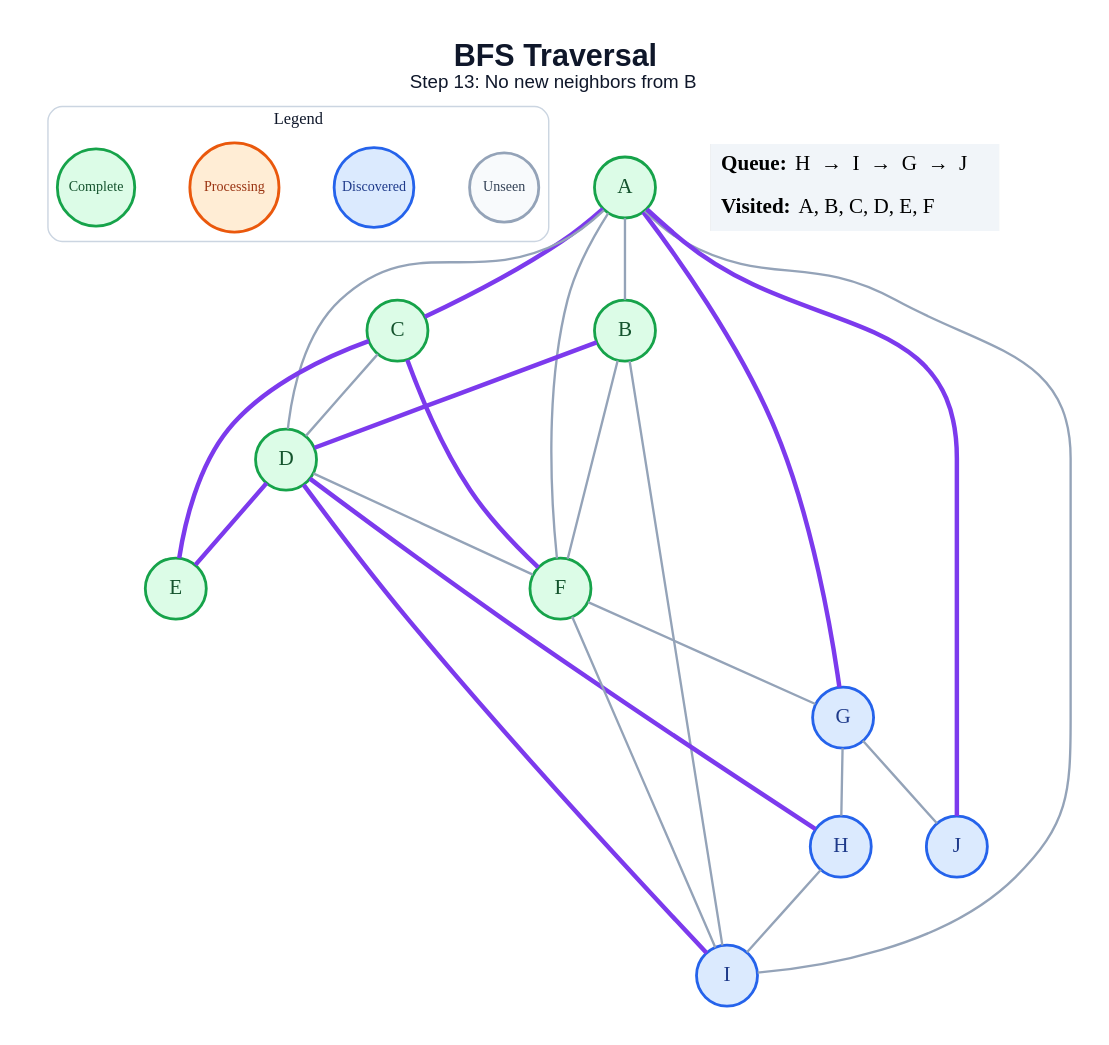
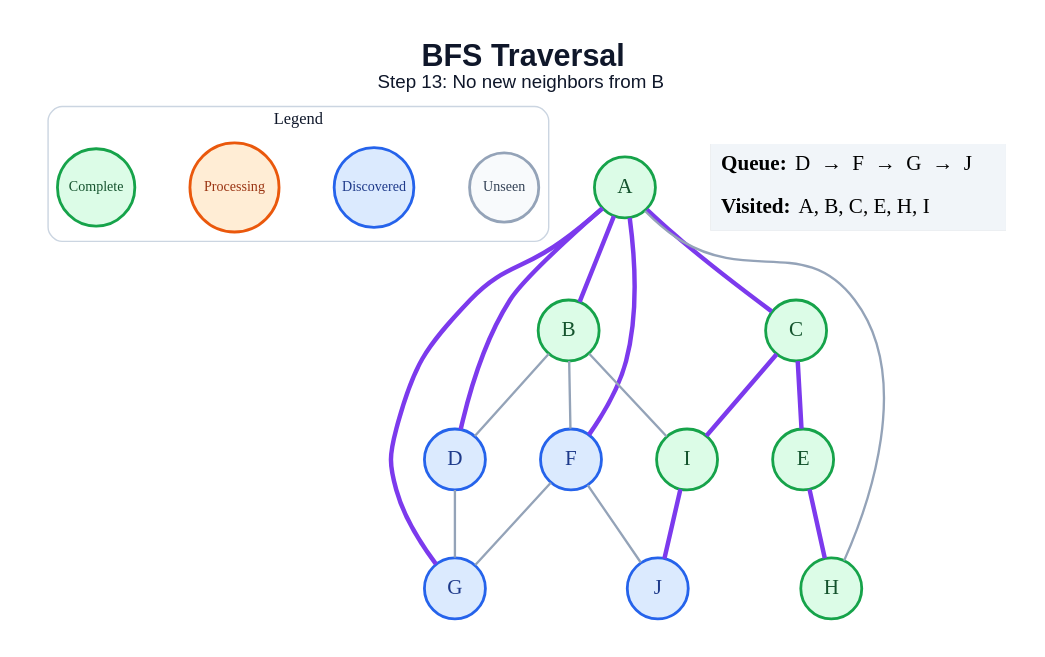
The diagram in generated/specific-node/bfs/step_13.dot (amanghodawala9/ai-slop), drawn with Graphviz before and after one commit. The commit also changed 178 other files, not shown here.

```diff
--- a/generated/specific-node/bfs/step_13.dot
+++ b/generated/specific-node/bfs/step_13.dot
@@ -1,51 +1,45 @@
 graph traversal {
   graph [layout=dot, rankdir=TB, bgcolor="#FFFFFF", pad="0.35", nodesep="0.65", ranksep="0.8", fontname="Arial"];
   node [shape=circle, style="filled", fontname="Arial Bold", fontsize=18, width=0.72, fixedsize=true, penwidth=2.4];
   edge [color="#94A3B8", penwidth=2.0];
   label=<<B>BFS Traversal</B><BR/><FONT POINT-SIZE="16">Step 13: No new neighbors from B</FONT>>; labelloc="t"; fontsize=26; fontname="Arial"; fontcolor="#0F172A";
   subgraph cluster_legend { label="Legend"; color="#CBD5E1"; penwidth=1.2; style="rounded"; fontsize=14; fontname="Arial Bold";
     key_unseen [label="Unseen", fillcolor="#F8FAFC", color="#94A3B8", fontcolor="#334155", fontsize=12, width=0.82];
     key_frontier [label="Discovered", fillcolor="#DBEAFE", color="#2563EB", fontcolor="#1E3A8A", fontsize=12, width=0.95];
     key_current [label="Processing", fillcolor="#FFEDD5", color="#EA580C", fontcolor="#9A3412", fontsize=12, width=1.05];
     key_done [label="Complete", fillcolor="#DCFCE7", color="#16A34A", fontcolor="#14532D", fontsize=12, width=0.92];
     { rank=same; key_unseen; key_frontier; key_current; key_done; }
   }
   A [fillcolor="#DCFCE7", color="#16A34A", fontcolor="#14532D"];
   B [fillcolor="#DCFCE7", color="#16A34A", fontcolor="#14532D"];
   C [fillcolor="#DCFCE7", color="#16A34A", fontcolor="#14532D"];
-  D [fillcolor="#DCFCE7", color="#16A34A", fontcolor="#14532D"];
+  D [fillcolor="#DBEAFE", color="#2563EB", fontcolor="#1E3A8A"];
   E [fillcolor="#DCFCE7", color="#16A34A", fontcolor="#14532D"];
-  F [fillcolor="#DCFCE7", color="#16A34A", fontcolor="#14532D"];
+  F [fillcolor="#DBEAFE", color="#2563EB", fontcolor="#1E3A8A"];
   G [fillcolor="#DBEAFE", color="#2563EB", fontcolor="#1E3A8A"];
-  H [fillcolor="#DBEAFE", color="#2563EB", fontcolor="#1E3A8A"];
-  I [fillcolor="#DBEAFE", color="#2563EB", fontcolor="#1E3A8A"];
+  H [fillcolor="#DCFCE7", color="#16A34A", fontcolor="#14532D"];
+  I [fillcolor="#DCFCE7", color="#16A34A", fontcolor="#14532D"];
   J [fillcolor="#DBEAFE", color="#2563EB", fontcolor="#1E3A8A"];
-  A -- B;
+  A -- B [color="#7C3AED", penwidth=3.8];
   A -- C [color="#7C3AED", penwidth=3.8];
-  A -- D;
-  A -- F;
+  A -- D [color="#7C3AED", penwidth=3.8];
+  A -- F [color="#7C3AED", penwidth=3.8];
   A -- G [color="#7C3AED", penwidth=3.8];
-  A -- I;
-  A -- J [color="#7C3AED", penwidth=3.8];
-  B -- D [color="#7C3AED", penwidth=3.8];
+  A -- H;
+  B -- D;
   B -- F;
   B -- I;
-  C -- D;
   C -- E [color="#7C3AED", penwidth=3.8];
-  C -- F [color="#7C3AED", penwidth=3.8];
-  D -- E [color="#7C3AED", penwidth=3.8];
-  D -- F;
-  D -- H [color="#7C3AED", penwidth=3.8];
-  D -- I [color="#7C3AED", penwidth=3.8];
+  C -- I [color="#7C3AED", penwidth=3.8];
+  D -- G;
+  E -- H [color="#7C3AED", penwidth=3.8];
   F -- G;
-  F -- I;
-  G -- H;
-  G -- J;
-  H -- I;
+  F -- J;
+  I -- J [color="#7C3AED", penwidth=3.8];
   status [shape=plain, fixedsize=false, width=0, height=0, margin=0, label=<
     <TABLE BORDER="0" CELLBORDER="0" CELLPADDING="7" BGCOLOR="#F1F5F9">
-      <TR><TD ALIGN="LEFT"><B>Queue:</B> H  →  I  →  G  →  J</TD></TR>
-      <TR><TD ALIGN="LEFT"><B>Visited:</B> A, B, C, D, E, F</TD></TR>
+      <TR><TD ALIGN="LEFT"><B>Queue:</B> D  →  F  →  G  →  J</TD></TR>
+      <TR><TD ALIGN="LEFT"><B>Visited:</B> A, B, C, E, H, I</TD></TR>
     </TABLE>
   >];
 }
```
